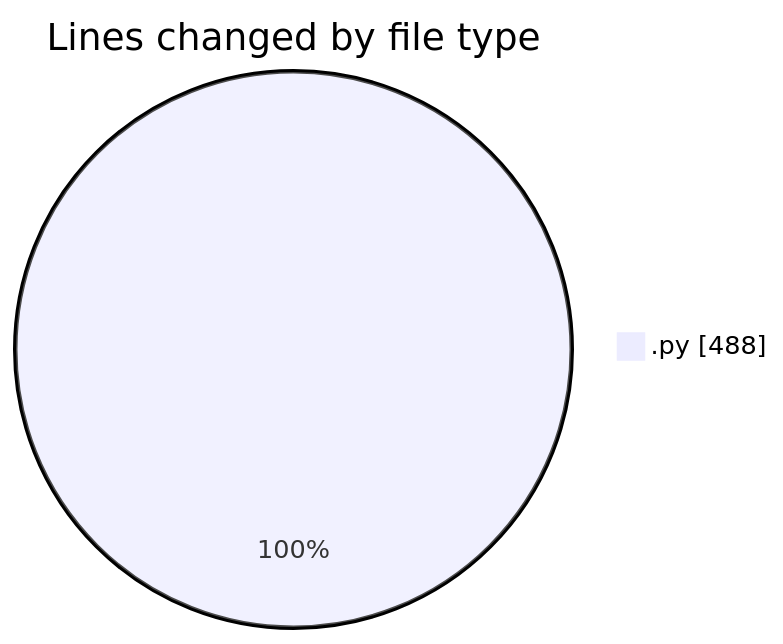
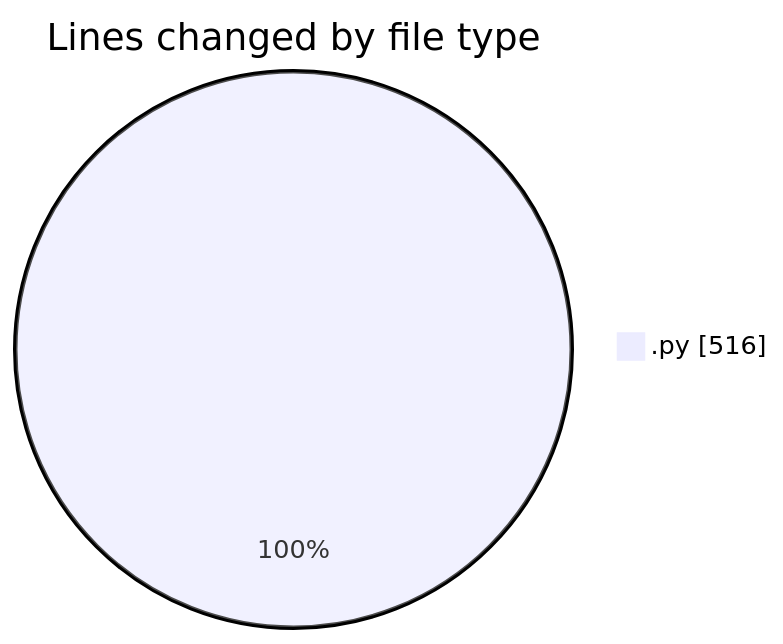
Before and after one commit to MatusMokan/code-tracking: the first of 2 diagrams in 2025-12-22/kartogramy/README.md, drawn with Mermaid. The commit also changed other lines of this file and 1 other file, not shown here.

````diff
--- a/2025-12-22/kartogramy/README.md
+++ b/2025-12-22/kartogramy/README.md
@@ -20,5 +20,5 @@
 ```mermaid
 pie showData
 title Lines changed by file type
-".py" : 488
+".py" : 516
 ```
````
